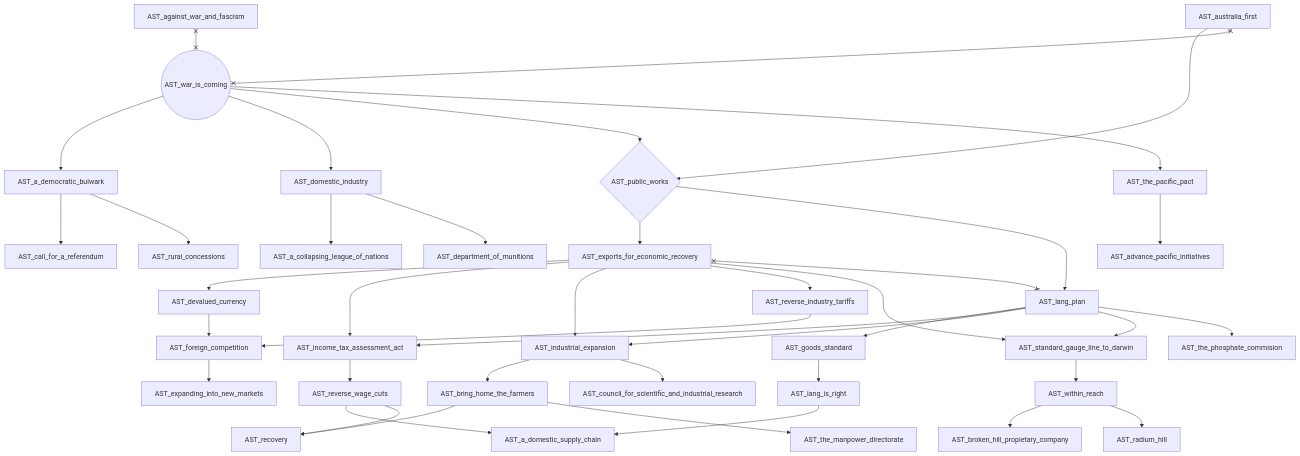
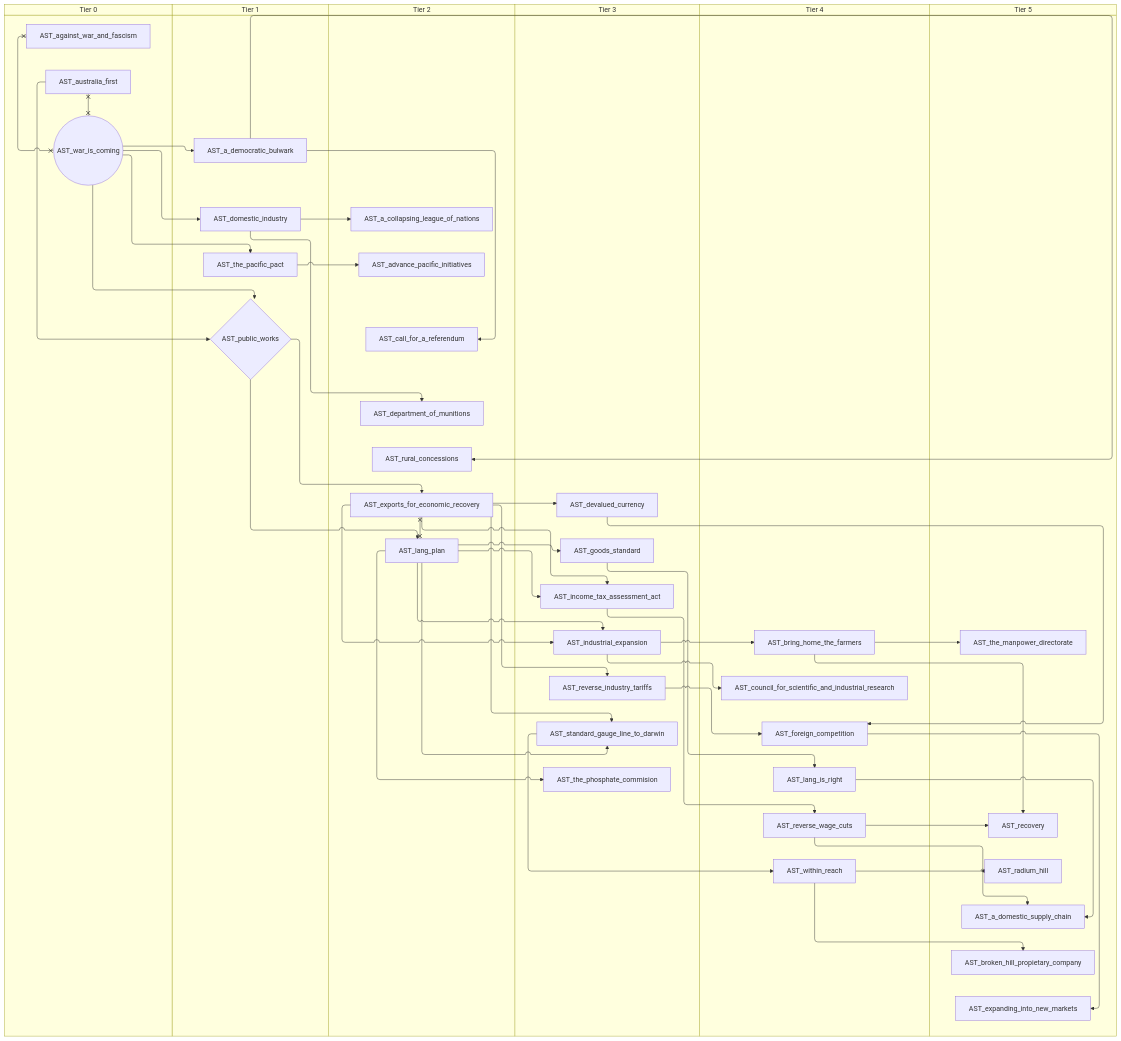
Before and after one commit to evgeny-sobol/hoi4-sandbox-mode-r56: diagram 15 of 15 in docs/gdd/National Focuses/r56/australia_taog.md, drawn with Mermaid. The commit also changed other lines of this file and 423 other files, not shown here.

First line of the commit message:
Re-export Rt56 focus trees as swimlane diagrams

````diff
--- a/docs/gdd/National Focuses/r56/australia_taog.md
+++ b/docs/gdd/National Focuses/r56/australia_taog.md
@@ -616,76 +746,88 @@
 ```mermaid
-flowchart TD
-    n210["AST_a_collapsing_league_of_nations"]
-    n211["AST_a_democratic_bulwark"]
-    n51["AST_a_domestic_supply_chain"]
-    n212["AST_advance_pacific_initiatives"]
-    n7["AST_against_war_and_fascism"]
-    n10["AST_australia_first"]
-    n59["AST_bring_home_the_farmers"]
-    n62["AST_broken_hill_propietary_company"]
-    n213["AST_call_for_a_referendum"]
-    n64["AST_council_for_scientific_and_industrial_research"]
-    n214["AST_department_of_munitions"]
-    n67["AST_devalued_currency"]
-    n215["AST_domestic_industry"]
-    n73["AST_expanding_into_new_markets"]
-    n74["AST_exports_for_economic_recovery"]
-    n76["AST_foreign_competition"]
-    n77["AST_goods_standard"]
-    n80["AST_income_tax_assessment_act"]
-    n81["AST_industrial_expansion"]
-    n83["AST_lang_is_right"]
-    n84["AST_lang_plan"]
-    n89{"AST_public_works"}
-    n90["AST_radium_hill"]
-    n92["AST_recovery"]
-    n95["AST_reverse_industry_tariffs"]
-    n96["AST_reverse_wage_cuts"]
-    n216["AST_rural_concessions"]
-    n99["AST_standard_gauge_line_to_darwin"]
-    n103["AST_the_manpower_directorate"]
-    n217["AST_the_pacific_pact"]
-    n105["AST_the_phosphate_commision"]
-    n46(("AST_war_is_coming"))
-    n113["AST_within_reach"]
-    n215 --> n210
-    n46 --> n211
-    n83 --> n51
-    n96 --> n51
-    n217 --> n212
-    n81 --> n59
-    n113 --> n62
+swimlane-beta TD
+    subgraph tier_0["Tier 0"]
+        n1["AST_against_war_and_fascism"]
+        n2["AST_australia_first"]
+        n4(("AST_war_is_coming"))
+    end
+    subgraph tier_1["Tier 1"]
+        n210["AST_a_democratic_bulwark"]
+        n211["AST_domestic_industry"]
+        n52{"AST_public_works"}
+        n212["AST_the_pacific_pact"]
+    end
+    subgraph tier_2["Tier 2"]
+        n213["AST_a_collapsing_league_of_nations"]
+        n214["AST_advance_pacific_initiatives"]
+        n215["AST_call_for_a_referendum"]
+        n216["AST_department_of_munitions"]
+        n58["AST_exports_for_economic_recovery"]
+        n59["AST_lang_plan"]
+        n217["AST_rural_concessions"]
+    end
+    subgraph tier_3["Tier 3"]
+        n65["AST_devalued_currency"]
+        n67["AST_goods_standard"]
+        n69["AST_income_tax_assessment_act"]
+        n70["AST_industrial_expansion"]
+        n73["AST_reverse_industry_tariffs"]
+        n74["AST_standard_gauge_line_to_darwin"]
+        n76["AST_the_phosphate_commision"]
+    end
+    subgraph tier_4["Tier 4"]
+        n82["AST_bring_home_the_farmers"]
+        n83["AST_council_for_scientific_and_industrial_research"]
+        n85["AST_foreign_competition"]
+        n86["AST_lang_is_right"]
+        n88["AST_reverse_wage_cuts"]
+        n93["AST_within_reach"]
+    end
+    subgraph tier_5["Tier 5"]
+        n94["AST_a_domestic_supply_chain"]
+        n96["AST_broken_hill_propietary_company"]
+        n99["AST_expanding_into_new_markets"]
+        n103["AST_radium_hill"]
+        n104["AST_recovery"]
+        n106["AST_the_manpower_directorate"]
+    end
     n211 --> n213
-    n81 --> n64
-    n215 --> n214
-    n74 --> n67
-    n46 --> n215
-    n76 --> n73
-    n89 --> n74
-    n67 --> n76
-    n95 --> n76
-    n84 --> n77
-    n84 --> n80
-    n74 --> n80
-    n84 --> n81
-    n74 --> n81
-    n77 --> n83
-    n89 --> n84
-    n10 --> n89
-    n46 --> n89
-    n113 --> n90
-    n59 --> n92
-    n96 --> n92
-    n74 --> n95
-    n80 --> n96
+    n4 --> n210
+    n86 --> n94
+    n88 --> n94
+    n212 --> n214
+    n70 --> n82
+    n93 --> n96
+    n210 --> n215
+    n70 --> n83
     n211 --> n216
-    n84 --> n99
-    n74 --> n99
-    n59 --> n103
-    n46 --> n217
-    n84 --> n105
-    n99 --> n113
-    n7 x--x n46
-    n10 x--x n46
-    n74 x--x n84
+    n58 --> n65
+    n4 --> n211
+    n85 --> n99
+    n52 --> n58
+    n65 --> n85
+    n73 --> n85
+    n59 --> n67
+    n59 --> n69
+    n58 --> n69
+    n59 --> n70
+    n58 --> n70
+    n67 --> n86
+    n52 --> n59
+    n2 --> n52
+    n4 --> n52
+    n93 --> n103
+    n82 --> n104
+    n88 --> n104
+    n58 --> n73
+    n69 --> n88
+    n210 --> n217
+    n59 --> n74
+    n58 --> n74
+    n82 --> n106
+    n4 --> n212
+    n59 --> n76
+    n74 --> n93
+    n1 x--x n4
+    n2 x--x n4
+    n58 x--x n59
 ```
````
